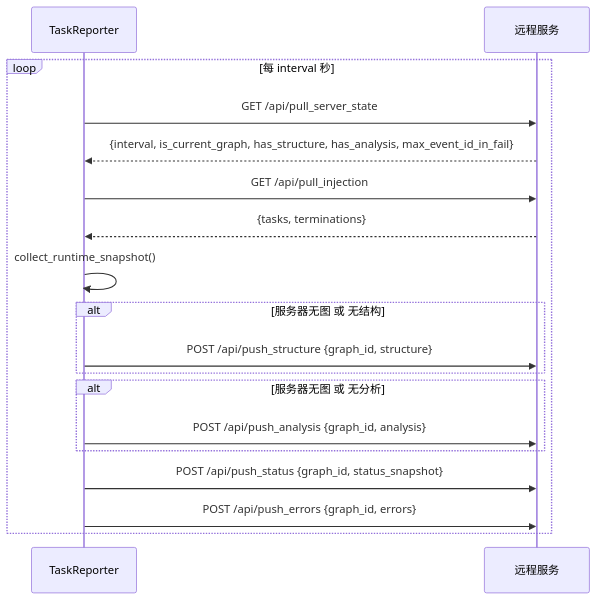
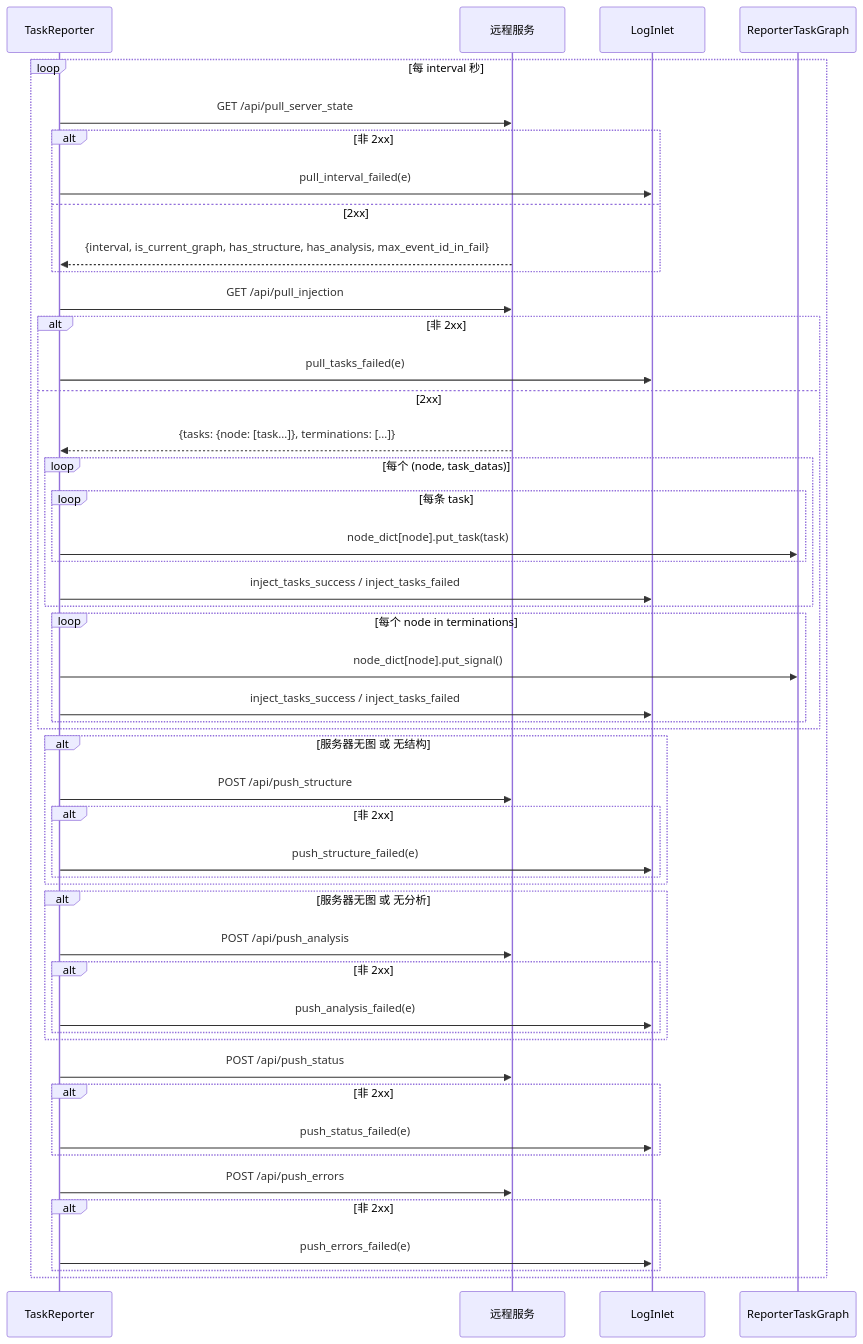
One commit to Mr-xiaotian/CelestialFlow changed the second of 2 diagrams in docs/zh-CN/src/observability/core_report.md. Above: the diagram before and after it, drawn with Mermaid. The commit also changed other lines of this file and 5 other files, not shown here.

````diff
--- a/docs/zh-CN/src/observability/core_report.md
+++ b/docs/zh-CN/src/observability/core_report.md
@@ -55,25 +312,55 @@
 ```mermaid
 sequenceDiagram
     participant R as TaskReporter
     participant S as 远程服务
+    participant L as LogInlet
+    participant G as ReporterTaskGraph
 
     loop 每 interval 秒
         R->>S: GET /api/pull_server_state
-        S-->>R: {interval, is_current_graph, has_structure, has_analysis, max_event_id_in_fail}
+        alt 非 2xx
+            R->>L: pull_interval_failed(e)
+        else 2xx
+            S-->>R: {interval, is_current_graph, has_structure, has_analysis, max_event_id_in_fail}
+        end
 
         R->>S: GET /api/pull_injection
-        S-->>R: {tasks, terminations}
-
-        R->>R: collect_runtime_snapshot()
+        alt 非 2xx
+            R->>L: pull_tasks_failed(e)
+        else 2xx
+            S-->>R: {tasks: {node: [task...]}, terminations: [...]}
+            loop 每个 (node, task_datas)
+                loop 每条 task
+                    R->>G: node_dict[node].put_task(task)
+                end
+                R->>L: inject_tasks_success / inject_tasks_failed
+            end
+            loop 每个 node in terminations
+                R->>G: node_dict[node].put_signal()
+                R->>L: inject_tasks_success / inject_tasks_failed
+            end
+        end
 
         alt 服务器无图 或 无结构
-            R->>S: POST /api/push_structure {graph_id, structure}
+            R->>S: POST /api/push_structure
+            alt 非 2xx
+                R->>L: push_structure_failed(e)
+            end
         end
         alt 服务器无图 或 无分析
-            R->>S: POST /api/push_analysis {graph_id, analysis}
+            R->>S: POST /api/push_analysis
+            alt 非 2xx
+                R->>L: push_analysis_failed(e)
+            end
         end
 
-        R->>S: POST /api/push_status {graph_id, status_snapshot}
-        R->>S: POST /api/push_errors {graph_id, errors}
+        R->>S: POST /api/push_status
+        alt 非 2xx
+            R->>L: push_status_failed(e)
+        end
+        R->>S: POST /api/push_errors
+        alt 非 2xx
+            R->>L: push_errors_failed(e)
+        end
     end
 ```
````
